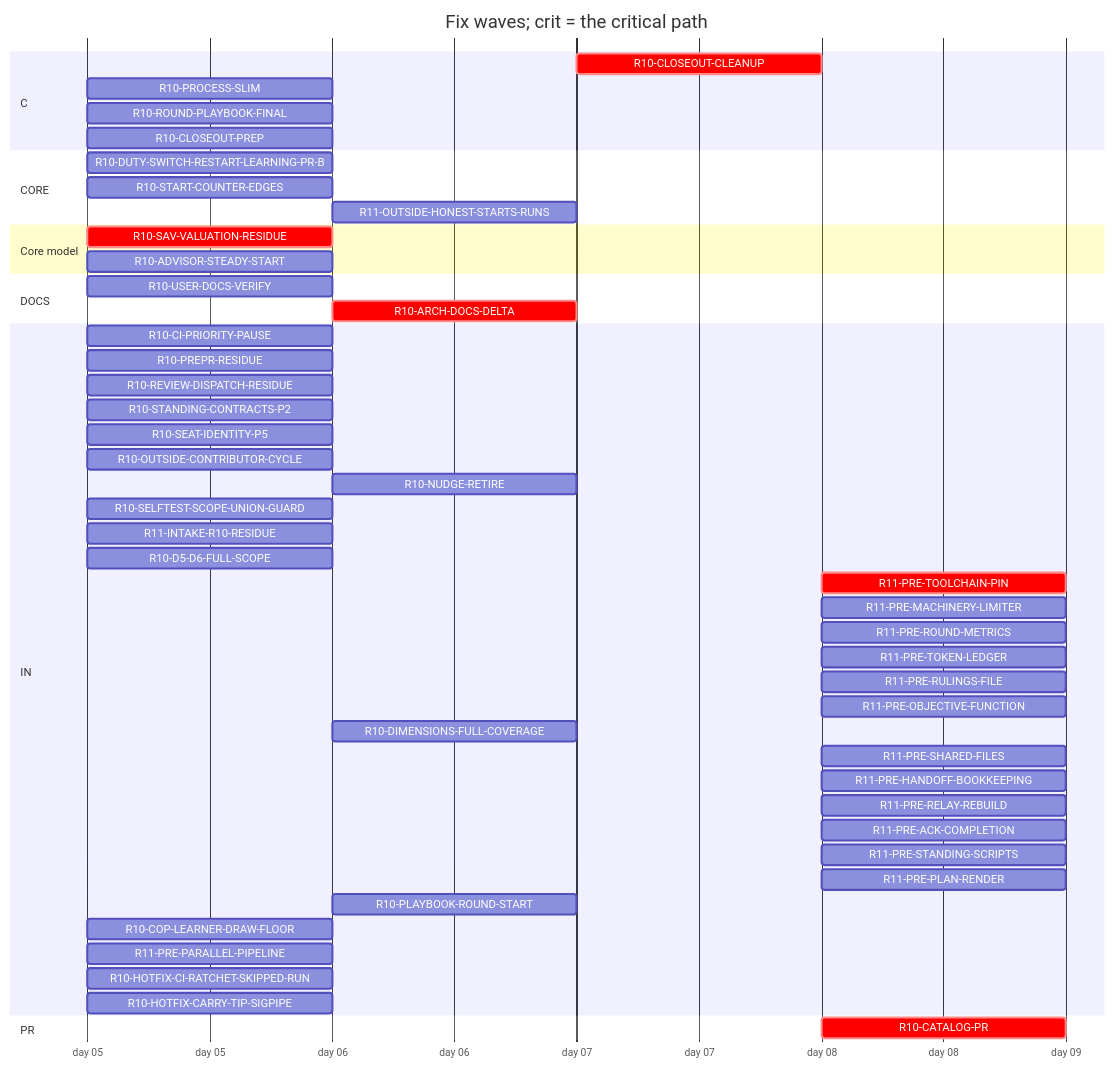
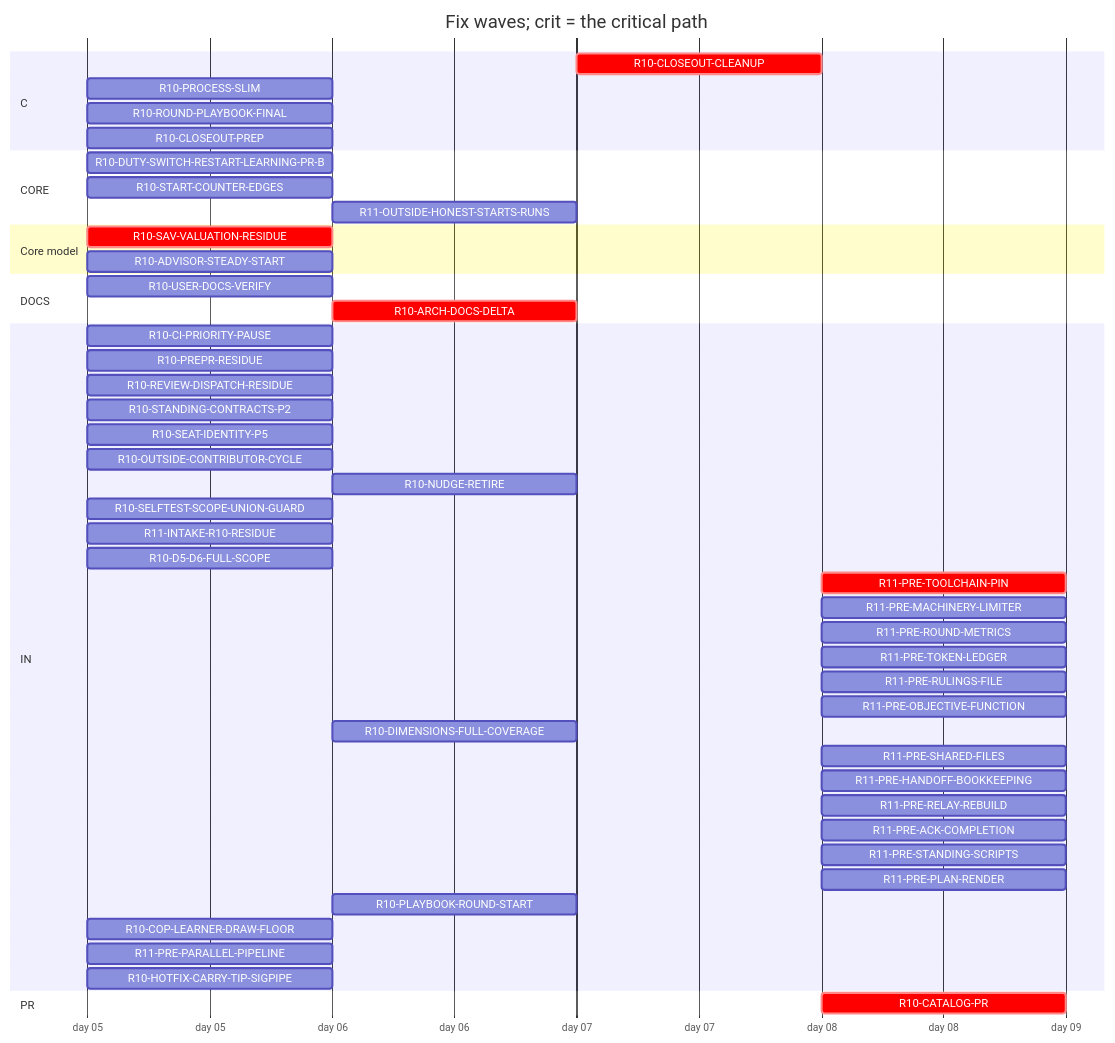
One commit to tvofi/heatpump_optimizer changed the diagram in handoff/round10/state/PLAN-TABLE.md. Above: the diagram before and after it, drawn with Mermaid. The commit also changed other lines of this file and 3 other files, not shown here.

Commit message:
state: FLOW-BOARD.md, NEXT-SESSION-PROMPT.md, PLAN-TABLE.md, RESUME-CURRENT.md regenerated (state_docs.py)

````diff
--- a/handoff/round10/state/PLAN-TABLE.md
+++ b/handoff/round10/state/PLAN-TABLE.md
@@ -19,52 +19,51 @@
 ```mermaid
 gantt
   title Fix waves; crit = the critical path
   dateFormat YYYY-MM-DD
   axisFormat day %d
   section C
     R10-CLOSEOUT-CLEANUP :crit, r10CLOSEOUTCLEANUP, after r10USERDOCSVERIFY r10CLOSEOUTPREP r10ARCHDOCSDELTA, 1d
     R10-PROCESS-SLIM :r10PROCESSSLIM, 2026-01-05, 1d
     R10-ROUND-PLAYBOOK-FINAL :r10ROUNDPLAYBOOKFINAL, 2026-01-05, 1d
     R10-CLOSEOUT-PREP :r10CLOSEOUTPREP, 2026-01-05, 1d
   section CORE
     R10-DUTY-SWITCH-RESTART-LEARNING-PR-B :r10DUTYSWITCHRESTARTLEARNINGPRB, 2026-01-05, 1d
     R10-START-COUNTER-EDGES :r10STARTCOUNTEREDGES, 2026-01-05, 1d
     R11-OUTSIDE-HONEST-STARTS-RUNS :r11OUTSIDEHONESTSTARTSRUNS, after r10ADVISORSTEADYSTART, 1d
   section Core model
     R10-SAV-VALUATION-RESIDUE :crit, r10SAVVALUATIONRESIDUE, 2026-01-05, 1d
     R10-ADVISOR-STEADY-START :r10ADVISORSTEADYSTART, 2026-01-05, 1d
   section DOCS
     R10-USER-DOCS-VERIFY :r10USERDOCSVERIFY, 2026-01-05, 1d
     R10-ARCH-DOCS-DELTA :crit, r10ARCHDOCSDELTA, after r10SAVVALUATIONRESIDUE r10ADVISORSTEADYSTART, 1d
   section IN
     R10-CI-PRIORITY-PAUSE :r10CIPRIORITYPAUSE, 2026-01-05, 1d
     R10-PREPR-RESIDUE :r10PREPRRESIDUE, 2026-01-05, 1d
     R10-REVIEW-DISPATCH-RESIDUE :r10REVIEWDISPATCHRESIDUE, 2026-01-05, 1d
     R10-STANDING-CONTRACTS-P2 :r10STANDINGCONTRACTSP2, 2026-01-05, 1d
     R10-SEAT-IDENTITY-P5 :r10SEATIDENTITYP5, 2026-01-05, 1d
     R10-OUTSIDE-CONTRIBUTOR-CYCLE :r10OUTSIDECONTRIBUTORCYCLE, 2026-01-05, 1d
     R10-NUDGE-RETIRE :r10NUDGERETIRE, after r10ROUNDPLAYBOOKFINAL, 1d
     R10-SELFTEST-SCOPE-UNION-GUARD :r10SELFTESTSCOPEUNIONGUARD, 2026-01-05, 1d
     R11-INTAKE-R10-RESIDUE :r11INTAKER10RESIDUE, 2026-01-05, 1d
     R10-D5-D6-FULL-SCOPE :r10D5D6FULLSCOPE, 2026-01-05, 1d
     R11-PRE-TOOLCHAIN-PIN :crit, r11PRETOOLCHAINPIN, after r10CATALOGPR, 1d
     R11-PRE-MACHINERY-LIMITER :r11PREMACHINERYLIMITER, after r10CATALOGPR, 1d
     R11-PRE-ROUND-METRICS :r11PREROUNDMETRICS, after r10CATALOGPR, 1d
     R11-PRE-TOKEN-LEDGER :r11PRETOKENLEDGER, after r10CATALOGPR, 1d
     R11-PRE-RULINGS-FILE :r11PRERULINGSFILE, after r10CATALOGPR, 1d
     R11-PRE-OBJECTIVE-FUNCTION :r11PREOBJECTIVEFUNCTION, after r10CATALOGPR, 1d
     R10-DIMENSIONS-FULL-COVERAGE :r10DIMENSIONSFULLCOVERAGE, after r10D5D6FULLSCOPE, 1d
     R11-PRE-SHARED-FILES :r11PRESHAREDFILES, after r10CATALOGPR, 1d
     R11-PRE-HANDOFF-BOOKKEEPING :r11PREHANDOFFBOOKKEEPING, after r10CATALOGPR, 1d
     R11-PRE-RELAY-REBUILD :r11PRERELAYREBUILD, after r10CATALOGPR, 1d
     R11-PRE-ACK-COMPLETION :r11PREACKCOMPLETION, after r10CATALOGPR, 1d
     R11-PRE-STANDING-SCRIPTS :r11PRESTANDINGSCRIPTS, after r10CATALOGPR, 1d
     R11-PRE-PLAN-RENDER :r11PREPLANRENDER, after r10CATALOGPR, 1d
     R10-PLAYBOOK-ROUND-START :r10PLAYBOOKROUNDSTART, after r10ROUNDPLAYBOOKFINAL, 1d
     R10-COP-LEARNER-DRAW-FLOOR :r10COPLEARNERDRAWFLOOR, 2026-01-05, 1d
     R11-PRE-PARALLEL-PIPELINE :r11PREPARALLELPIPELINE, 2026-01-05, 1d
-    R10-HOTFIX-CI-RATCHET-SKIPPED-RUN :r10HOTFIXCIRATCHETSKIPPEDRUN, 2026-01-05, 1d
     R10-HOTFIX-CARRY-TIP-SIGPIPE :r10HOTFIXCARRYTIPSIGPIPE, 2026-01-05, 1d
   section PR
     R10-CATALOG-PR :crit, r10CATALOGPR, after r10USERDOCSVERIFY r10CLOSEOUTCLEANUP r10CLOSEOUTPREP r10ARCHDOCSDELTA, 1d
 ```
````
